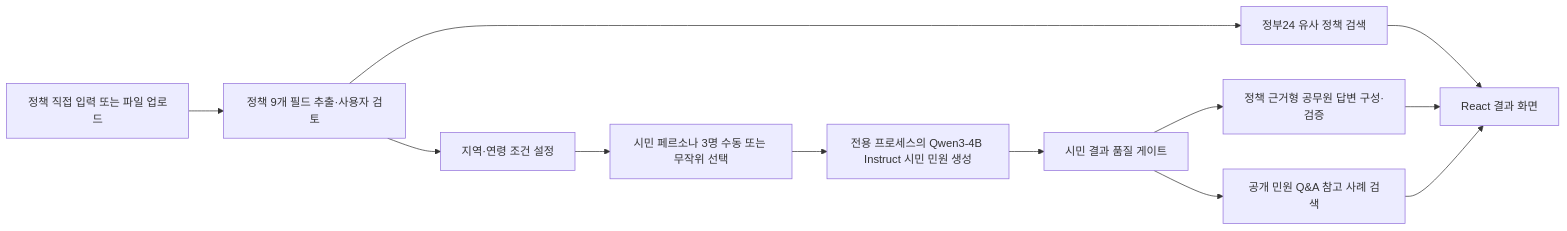
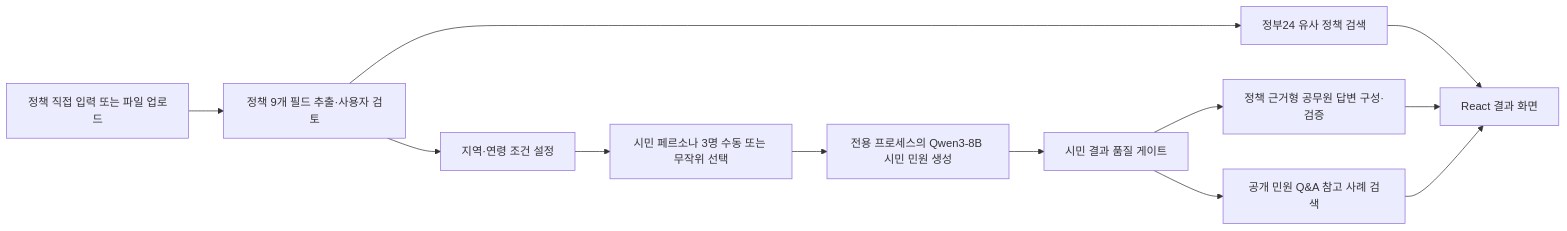
One commit to dev-samuel-codes/policy_risk_persona_simulator changed the diagram in README.md. Above: the diagram before and after it, drawn with Mermaid. The commit also changed other lines of this file and 2 other files, not shown here.

First line of the commit message:
feat(model): Qwen3 8B 기본 모델 전환

````diff
--- a/README.md
+++ b/README.md
@@ -117,14 +117,14 @@
 ```mermaid
 flowchart LR
     A["정책 직접 입력 또는 파일 업로드"] --> B["정책 9개 필드 추출·사용자 검토"]
     B --> C["지역·연령 조건 설정"]
     C --> D["시민 페르소나 3명 수동 또는 무작위 선택"]
     B --> E["정부24 유사 정책 검색"]
-    D --> F["전용 프로세스의 Qwen3-4B Instruct 시민 민원 생성"]
+    D --> F["전용 프로세스의 Qwen3-8B 시민 민원 생성"]
     F --> G["시민 결과 품질 게이트"]
     G --> H["정책 근거형 공무원 답변 구성·검증"]
     G --> I["공개 민원 Q&A 참고 사례 검색"]
     E --> J["React 결과 화면"]
     H --> J
     I --> J
 ```
````
